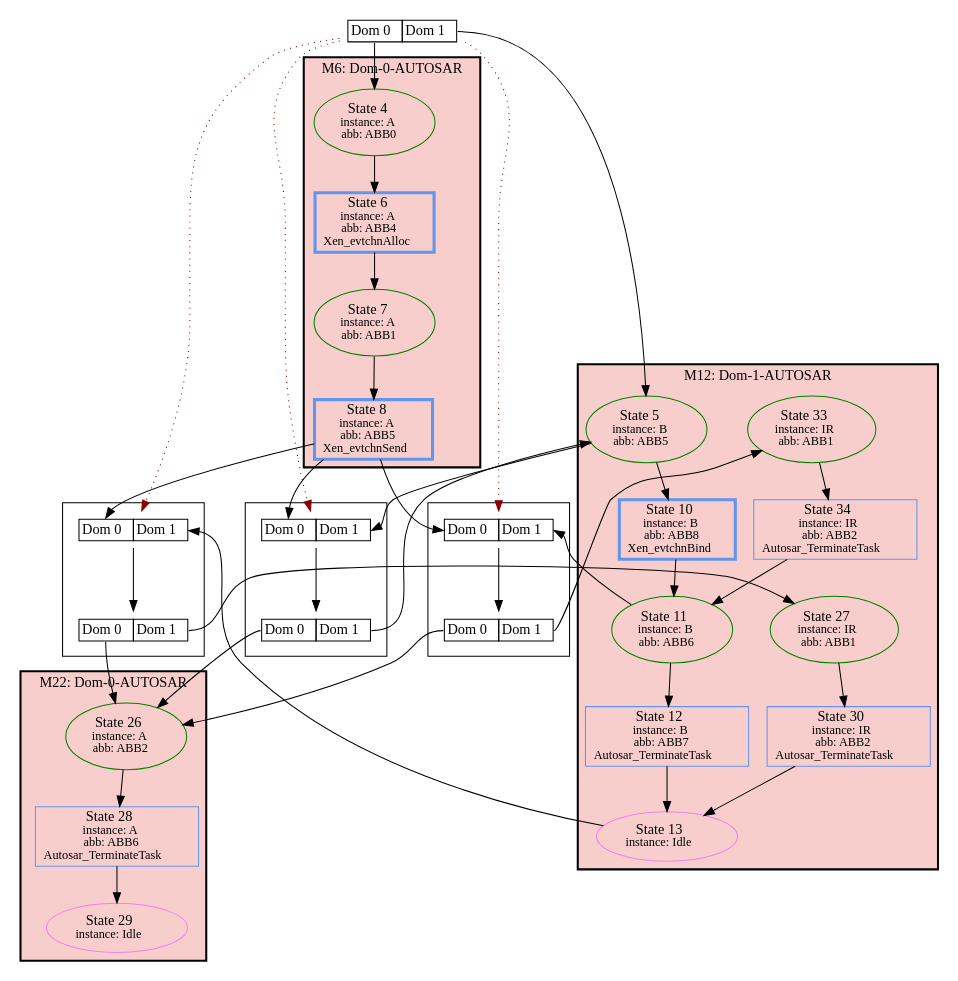
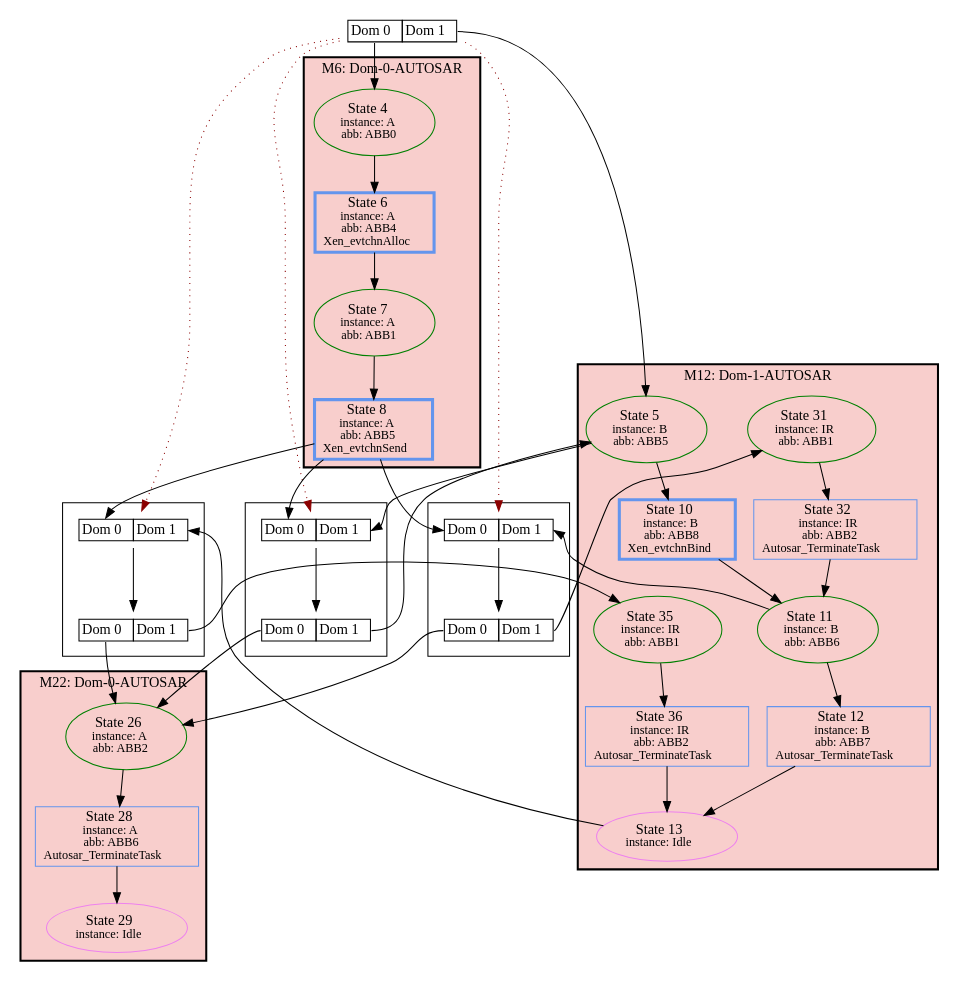
Before and after one commit to luhsra/ara: the diagram in appl/Xen/hc-autosar-notiming/HyperSSE.hc-autosar-notiming.hstg.dot, drawn with Graphviz. The commit also changed 18 other files, not shown here.

```diff
--- a/appl/Xen/hc-autosar-notiming/HyperSSE.hc-autosar-notiming.hstg.dot
+++ b/appl/Xen/hc-autosar-notiming/HyperSSE.hc-autosar-notiming.hstg.dot
@@ -1,83 +1,83 @@
 digraph G {
 label="";
 1 [label=<<TABLE BORDER="0" CELLBORDER="1" CELLSPACING="0"><TR><TD PORT="c0">Dom 0</TD><TD PORT="c1">Dom 1</TD></TR></TABLE>>, shape=plaintext, tooltip=1];
 subgraph cluster_6 {
 label="M6: Dom-0-AUTOSAR";
 bgcolor="#F8CECC";
 style=bold;
 2 [fontsize=14, label=<State 4<br/><font point-size='12'>instance: A<br/>abb: ABB0</font>>, tooltip=2, style=solid, color=green];
 3 [fontsize=14, label=<State 6<br/><font point-size='12'>instance: A<br/>abb: ABB4<br/>Xen_evtchnAlloc</font>>, tooltip=3, color=cornflowerblue, shape=box, penwidth=3];
 4 [fontsize=14, label=<State 7<br/><font point-size='12'>instance: A<br/>abb: ABB1</font>>, tooltip=4, style=solid, color=green];
 5 [fontsize=14, label=<State 8<br/><font point-size='12'>instance: A<br/>abb: ABB5<br/>Xen_evtchnSend</font>>, tooltip=5, color=cornflowerblue, shape=box, penwidth=3];
 }
 subgraph cluster_12 {
 label="M12: Dom-1-AUTOSAR";
 bgcolor="#F8CECC";
 style=bold;
 7 [fontsize=14, label=<State 5<br/><font point-size='12'>instance: B<br/>abb: ABB5</font>>, tooltip=7, style=solid, color=green];
 8 [fontsize=14, label=<State 10<br/><font point-size='12'>instance: B<br/>abb: ABB8<br/>Xen_evtchnBind</font>>, tooltip=8, color=cornflowerblue, shape=box, penwidth=3];
 9 [fontsize=14, label=<State 11<br/><font point-size='12'>instance: B<br/>abb: ABB6</font>>, tooltip=9, style=solid, color=green];
 10 [fontsize=14, label=<State 12<br/><font point-size='12'>instance: B<br/>abb: ABB7<br/>Autosar_TerminateTask</font>>, tooltip=10, color=cornflowerblue, shape=box];
 11 [fontsize=14, label=<State 13<br/><font point-size='12'>instance: Idle</font>>, tooltip=11, style=solid, color=violet];
-24 [fontsize=14, label=<State 30<br/><font point-size='12'>instance: IR<br/>abb: ABB2<br/>Autosar_TerminateTask</font>>, tooltip=24, color=cornflowerblue, shape=box];
-23 [fontsize=14, label=<State 27<br/><font point-size='12'>instance: IR<br/>abb: ABB1</font>>, tooltip=23, style=solid, color=green];
-25 [fontsize=14, label=<State 33<br/><font point-size='12'>instance: IR<br/>abb: ABB1</font>>, tooltip=25, style=solid, color=green];
-26 [fontsize=14, label=<State 34<br/><font point-size='12'>instance: IR<br/>abb: ABB2<br/>Autosar_TerminateTask</font>>, tooltip=26, color=cornflowerblue, shape=box];
+24 [fontsize=14, label=<State 32<br/><font point-size='12'>instance: IR<br/>abb: ABB2<br/>Autosar_TerminateTask</font>>, tooltip=24, color=cornflowerblue, shape=box];
+23 [fontsize=14, label=<State 31<br/><font point-size='12'>instance: IR<br/>abb: ABB1</font>>, tooltip=23, style=solid, color=green];
+25 [fontsize=14, label=<State 35<br/><font point-size='12'>instance: IR<br/>abb: ABB1</font>>, tooltip=25, style=solid, color=green];
+26 [fontsize=14, label=<State 36<br/><font point-size='12'>instance: IR<br/>abb: ABB2<br/>Autosar_TerminateTask</font>>, tooltip=26, color=cornflowerblue, shape=box];
 }
 subgraph cluster_22 {
 label="M22: Dom-0-AUTOSAR";
 bgcolor="#F8CECC";
 style=bold;
 19 [fontsize=14, label=<State 26<br/><font point-size='12'>instance: A<br/>abb: ABB2</font>>, tooltip=19, style=solid, color=green];
 20 [fontsize=14, label=<State 28<br/><font point-size='12'>instance: A<br/>abb: ABB6<br/>Autosar_TerminateTask</font>>, tooltip=20, color=cornflowerblue, shape=box];
 21 [fontsize=14, label=<State 29<br/><font point-size='12'>instance: Idle</font>>, tooltip=21, style=solid, color=violet];
 }
 subgraph cluster_Metasync13 {
 label="";
 13 [label=<<TABLE BORDER="0" CELLBORDER="1" CELLSPACING="0"><TR><TD PORT="c0">Dom 0</TD><TD PORT="c1">Dom 1</TD></TR></TABLE>>, shape=plaintext, tooltip=13];
 14 [label=<<TABLE BORDER="0" CELLBORDER="1" CELLSPACING="0"><TR><TD PORT="c0">Dom 0</TD><TD PORT="c1">Dom 1</TD></TR></TABLE>>, shape=plaintext, tooltip=14];
 }
 subgraph cluster_Metasync15 {
 label="";
 15 [label=<<TABLE BORDER="0" CELLBORDER="1" CELLSPACING="0"><TR><TD PORT="c0">Dom 0</TD><TD PORT="c1">Dom 1</TD></TR></TABLE>>, shape=plaintext, tooltip=15];
 16 [label=<<TABLE BORDER="0" CELLBORDER="1" CELLSPACING="0"><TR><TD PORT="c0">Dom 0</TD><TD PORT="c1">Dom 1</TD></TR></TABLE>>, shape=plaintext, tooltip=16];
 }
 subgraph cluster_Metasync17 {
 label="";
 17 [label=<<TABLE BORDER="0" CELLBORDER="1" CELLSPACING="0"><TR><TD PORT="c0">Dom 0</TD><TD PORT="c1">Dom 1</TD></TR></TABLE>>, shape=plaintext, tooltip=17];
 18 [label=<<TABLE BORDER="0" CELLBORDER="1" CELLSPACING="0"><TR><TD PORT="c0">Dom 0</TD><TD PORT="c1">Dom 1</TD></TR></TABLE>>, shape=plaintext, tooltip=18];
 }
 1:c0 -> 2 [color=black];
 1:c1 -> 7 [color=black];
 1 -> 13 [color=darkred, style=dotted];
 1 -> 15 [color=darkred, style=dotted];
 1 -> 17 [color=darkred, style=dotted];
 2 -> 3 [color=black];
 3 -> 4 [color=black];
 4 -> 5 [color=black];
 5 -> 13:c0 [color=black];
 5 -> 15:c0 [color=black];
 5 -> 17:c0 [color=black];
 7 -> 8 [color=black];
-7 -> 17:c1 [color=black];
+7 -> 13:c1 [color=black];
 8 -> 9 [color=black];
 9 -> 10 [color=black];
 9 -> 15:c1 [color=black];
 10 -> 11 [color=black];
-11 -> 13:c1 [color=black];
+11 -> 17:c1 [color=black];
 13 -> 14 [color=black];
 14:c0 -> 19 [color=black];
-14:c1 -> 23 [color=black];
+14:c1 -> 7 [color=black];
 15 -> 16 [color=black];
 16:c0 -> 19 [color=black];
-16:c1 -> 25 [color=black];
+16:c1 -> 23 [color=black];
 17 -> 18 [color=black];
 18:c0 -> 19 [color=black];
-18:c1 -> 7 [color=black];
+18:c1 -> 25 [color=black];
 19 -> 20 [color=black];
 20 -> 21 [color=black];
 23 -> 24 [color=black];
-24 -> 11 [color=black];
+24 -> 9 [color=black];
 25 -> 26 [color=black];
-26 -> 9 [color=black];
+26 -> 11 [color=black];
 }
```
